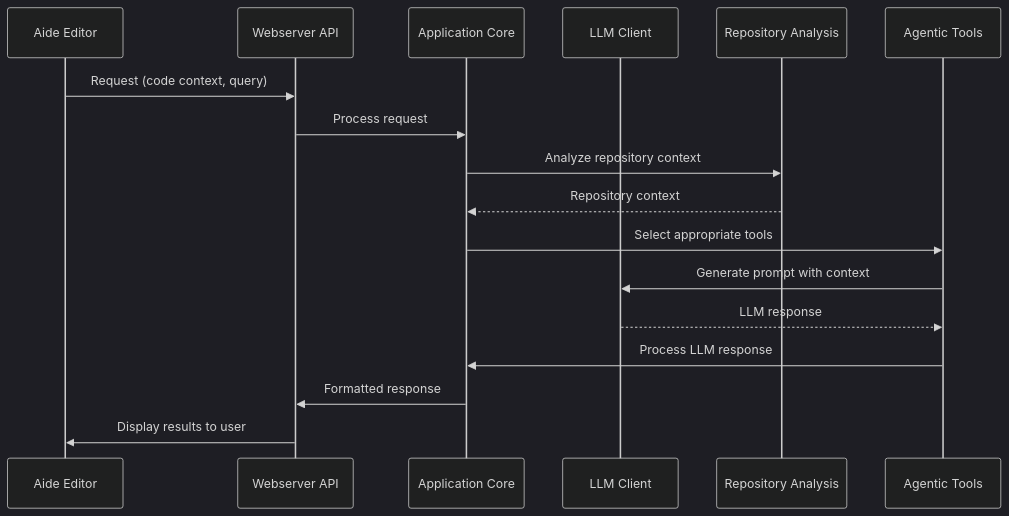
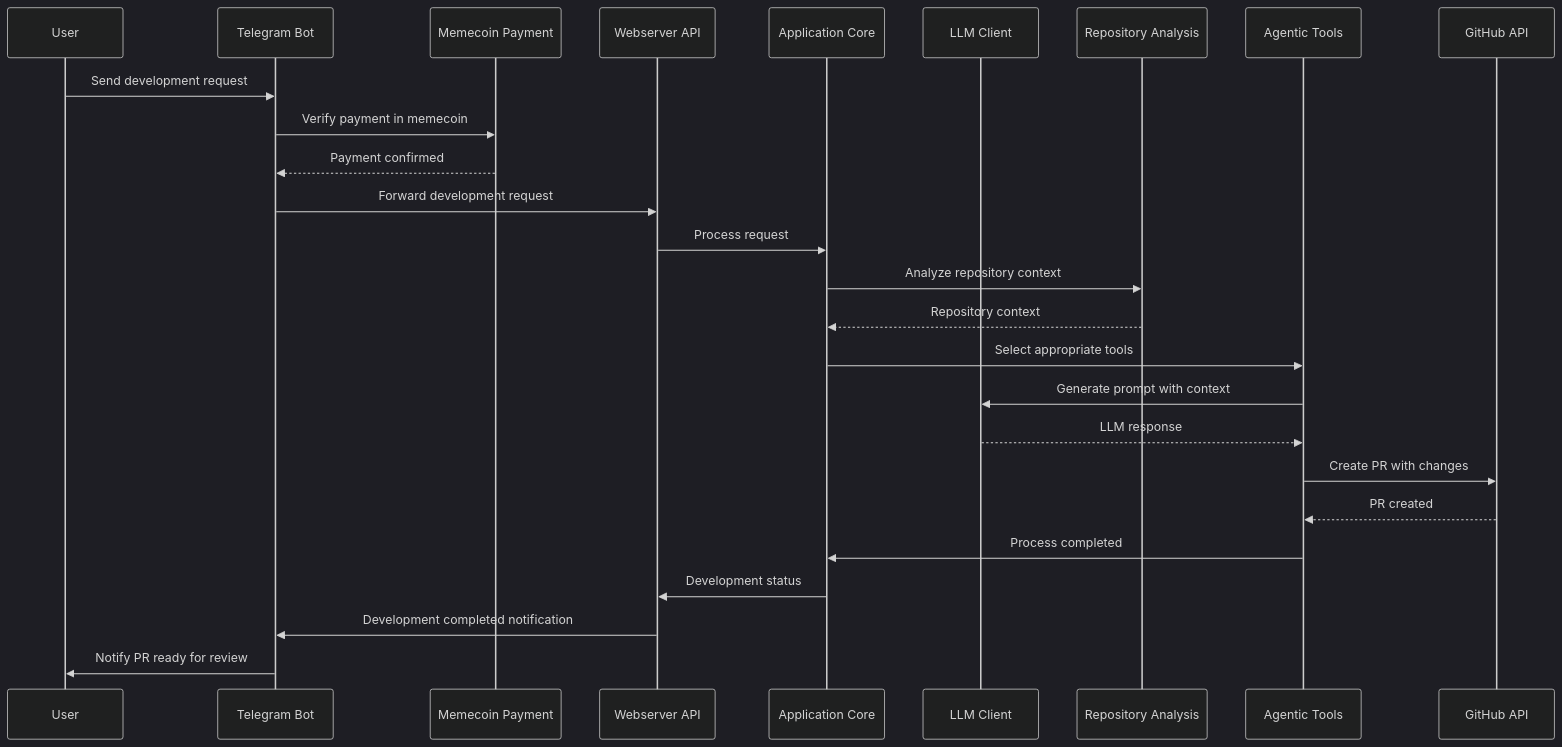
The second of 5 diagrams in README.md (openSVM/larp), drawn with Mermaid (dark theme) before and after one commit. The commit also changed other lines of this file, not shown here.

````diff
--- a/README.md
+++ b/README.md
@@ -80,20 +94,29 @@
 ```mermaid
 sequenceDiagram
-    participant Editor as Aide Editor
+    participant User as User
+    participant TG as Telegram Bot
+    participant Payment as Memecoin Payment
     participant API as Webserver API
     participant App as Application Core
     participant LLM as LLM Client
     participant Repo as Repository Analysis
     participant Agent as Agentic Tools
+    participant GitHub as GitHub API
     
-    Editor->>API: Request (code context, query)
+    User->>TG: Send development request
+    TG->>Payment: Verify payment in memecoin
+    Payment-->>TG: Payment confirmed
+    TG->>API: Forward development request
     API->>App: Process request
     App->>Repo: Analyze repository context
     Repo-->>App: Repository context
     App->>Agent: Select appropriate tools
     Agent->>LLM: Generate prompt with context
     LLM-->>Agent: LLM response
-    Agent->>App: Process LLM response
-    App->>API: Formatted response
-    API->>Editor: Display results to user
+    Agent->>GitHub: Create PR with changes
+    GitHub-->>Agent: PR created
+    Agent->>App: Process completed
+    App->>API: Development status
+    API->>TG: Development completed notification
+    TG->>User: Notify PR ready for review
 ```
````
